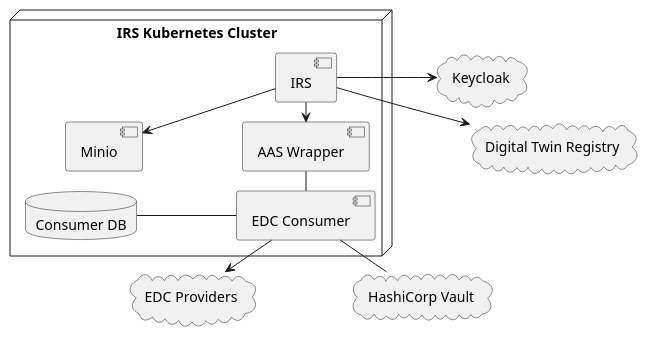
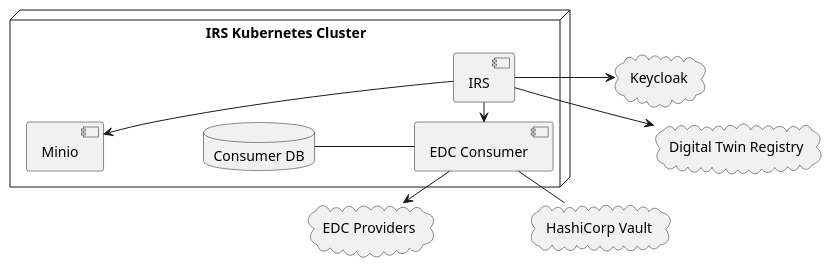
The diagram in docs/src/uml-diagrams/deployment-view/level-0-int.puml (eclipse-tractusx/item-relationship-service), drawn with PlantUML before and after one commit. The commit also changed 3 other files, not shown here.

```diff
--- a/docs/src/uml-diagrams/deployment-view/level-0-int.puml
+++ b/docs/src/uml-diagrams/deployment-view/level-0-int.puml
@@ -1,32 +1,30 @@
 @startuml
 skinparam monochrome true
 skinparam shadowing false
 skinparam nodesep 100
 skinparam ranksep 20
 
 cloud "Digital Twin Registry" as dtr
 cloud "EDC Providers" as providers
 cloud Keycloak
 cloud "HashiCorp Vault" as vault
 
 node "IRS Kubernetes Cluster" as k8s {
 
     component IRS
     component Minio
-    component "AAS Wrapper" as aasw
     component "EDC Consumer" as consumer
     database "Consumer DB" as cdb
 
     IRS --> Minio
-    IRS --> aasw
-    aasw -- consumer
+    IRS --> consumer
     cdb - consumer
 
 }
 
 IRS -> Keycloak
 IRS --> dtr
 consumer --> providers
 consumer -- vault
 
 @enduml
```
